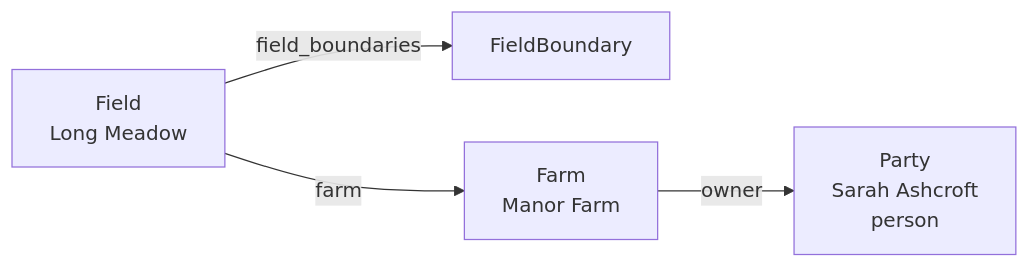
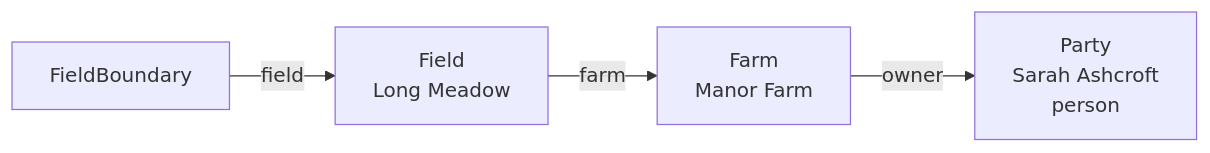
The second of 6 diagrams in architecture/08-party-model.md (DKE-Data/masterdata-sync-working-group), drawn with Mermaid before and after one commit. The commit also changed 11 other files, not shown here.

Commit message:
spec: align field boundary to ADAPT; add ADAPT mapping

````diff
--- a/architecture/08-party-model.md
+++ b/architecture/08-party-model.md
@@ -113,6 +113,6 @@
 ```mermaid
 flowchart LR
-    FI["Field \n Long Meadow"] -->|"field_boundaries"| B["FieldBoundary"]
+    B["FieldBoundary"] -->|"field"| FI["Field \n Long Meadow"]
     FI -->|"farm"| F["Farm \n Manor Farm"]
     F -->|"owner"| P["Party \n Sarah Ashcroft \n person"]
 ```
````
